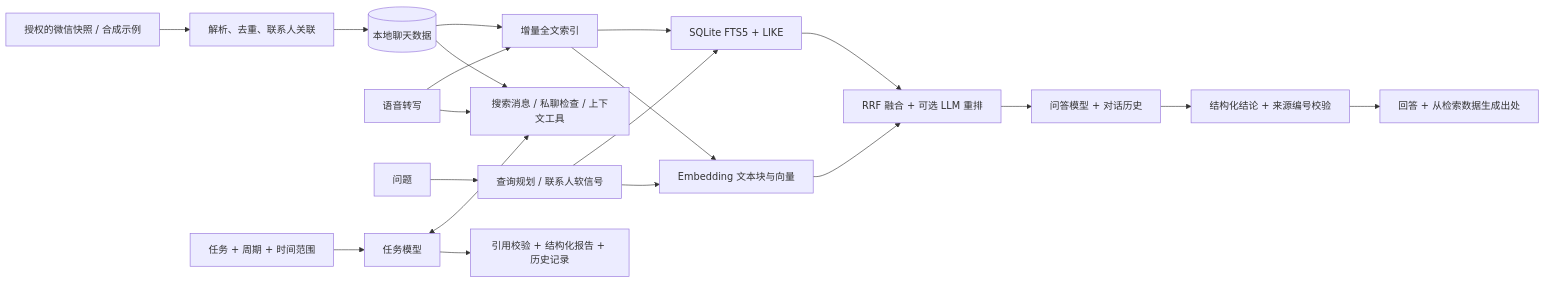
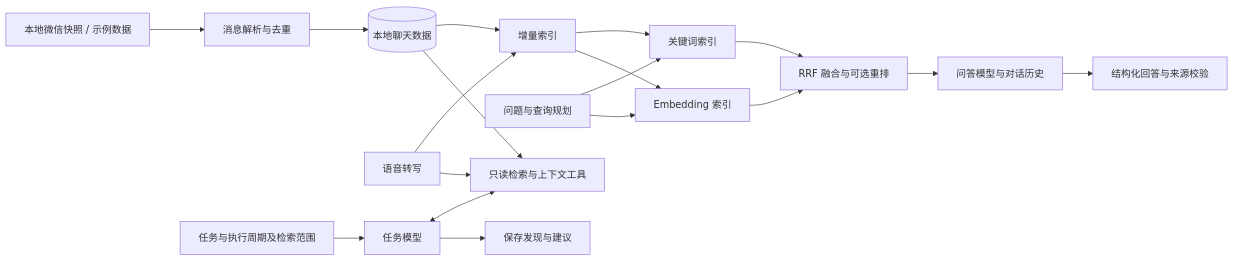
One commit to Fongkai777/wechat-agent changed the diagram in README.zh-CN.md. Above: the diagram before and after it, drawn with Mermaid. The commit also changed other lines of this file and 1 other file, not shown here.

````diff
--- a/README.zh-CN.md
+++ b/README.zh-CN.md
@@ -26,22 +63,20 @@
 ```mermaid
 flowchart LR
-    A[授权的微信快照 / 合成示例] --> B[解析、去重、联系人关联]
-    B --> D[(本地聊天数据)]
-    V[语音转写] --> I[增量全文索引]
-    D --> I
-    I --> F[SQLite FTS5 + LIKE]
-    I --> E[Embedding 文本块与向量]
-    Q[问题] --> P[查询规划 / 联系人软信号]
-    P --> F
-    P --> E
-    F --> R[RRF 融合 + 可选 LLM 重排]
+    A[本地微信快照 / 示例数据] --> B[消息解析与去重]
+    B --> C[(本地聊天数据)]
+    V[语音转写] --> I[增量索引]
+    C --> I
+    I --> K[关键词索引]
+    I --> E[Embedding 索引]
+    Q[问题与查询规划] --> K
+    Q --> E
+    K --> R[RRF 融合与可选重排]
     E --> R
-    R --> G[问答模型 + 对话历史]
-    G --> K[结构化结论 + 来源编号校验]
-    K --> U[回答 + 从检索数据生成出处]
-    D --> T[搜索消息 / 私聊检查 / 上下文工具]
-    V --> T
-    C[任务 + 周期 + 时间范围] --> H[任务模型]
-    H <--> T
-    H --> J[引用校验 + 结构化报告 + 历史记录]
+    R --> G[问答模型与对话历史]
+    G --> O[结构化回答与来源校验]
+    T[任务与执行周期及检索范围] --> H[任务模型]
+    H <--> S[只读检索与上下文工具]
+    C --> S
+    V --> S
+    H --> P[保存发现与建议]
 ```
````
